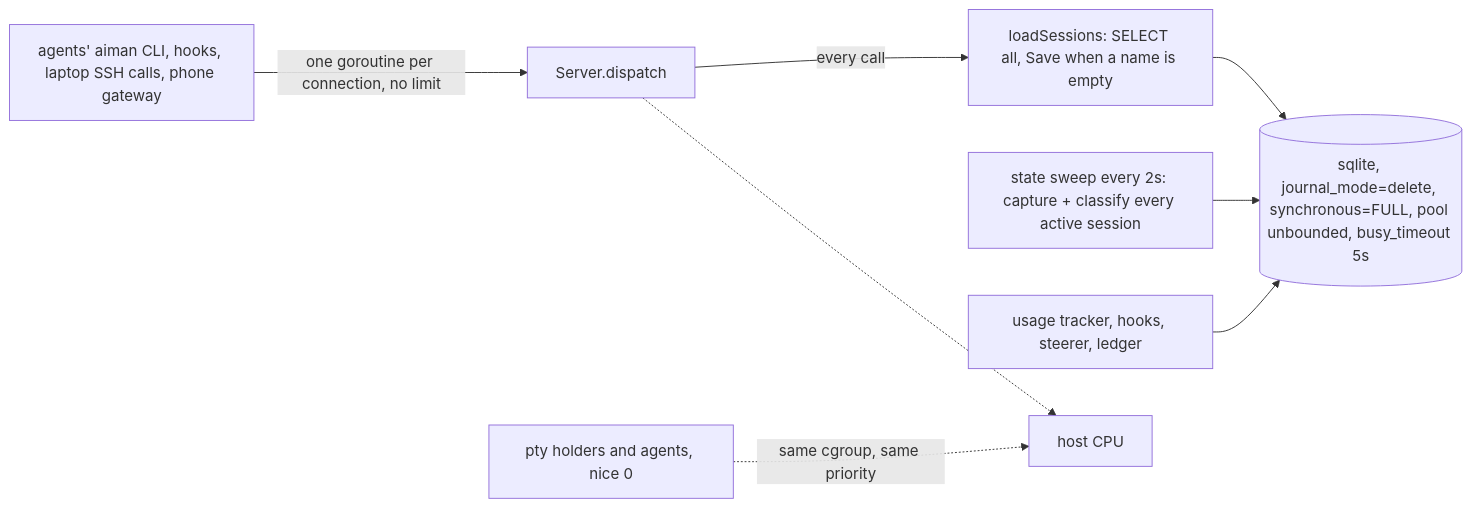
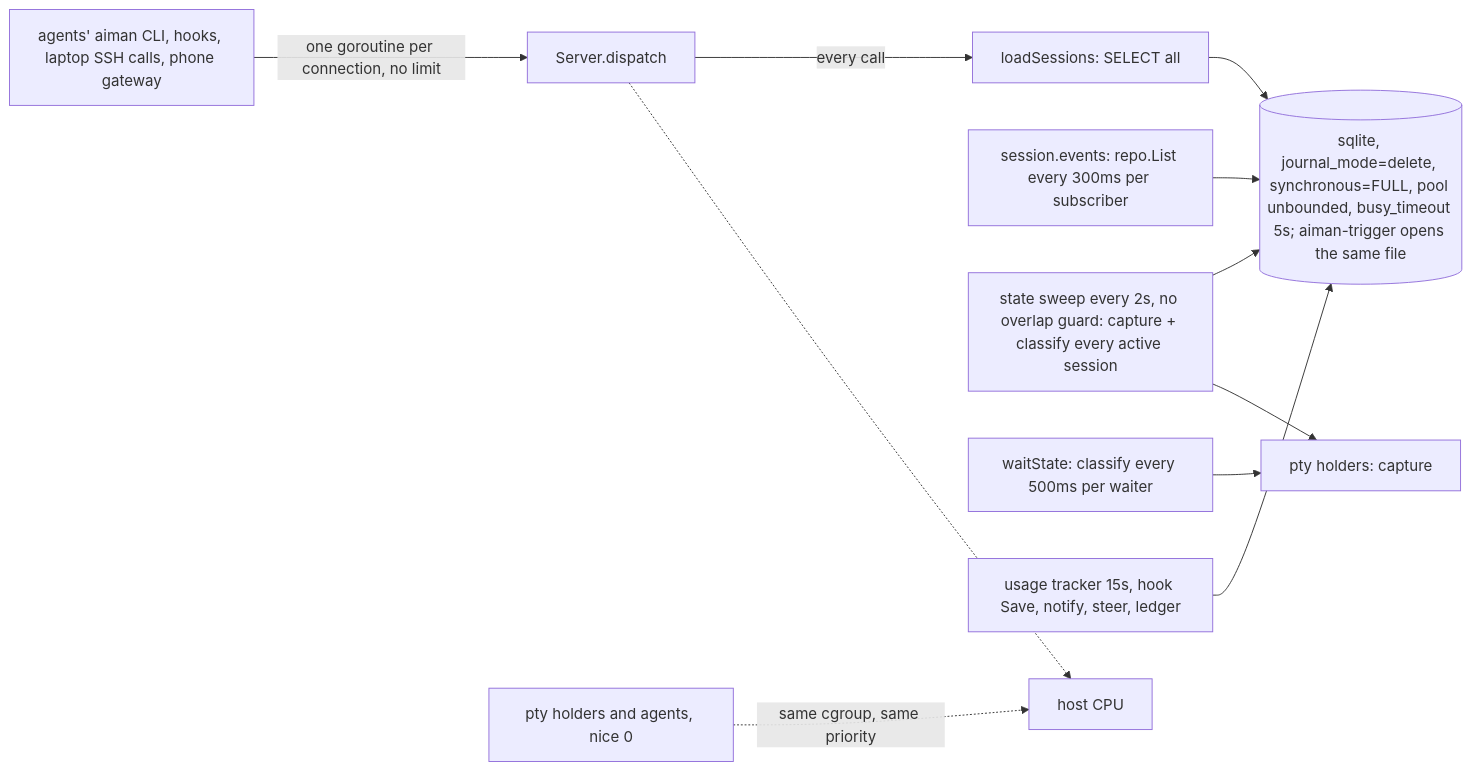
One commit to bouwerp/aiman changed the first of 2 diagrams in docs/specs/serve-load-guard.md. Above: the diagram before and after it, drawn with Mermaid. The commit also changed other lines of this file, not shown here.

First line of the commit message:
docs(specs): serve load guard rev 2 after consult round 1

````diff
--- a/docs/specs/serve-load-guard.md
+++ b/docs/specs/serve-load-guard.md
@@ -20,13 +20,16 @@
 ```mermaid
 flowchart LR
   classDef new fill:#dcfce7,stroke:#16a34a,color:#14532d
   classDef changed fill:#fef9c3,stroke:#ca8a04,color:#713f12
   classDef removed fill:#fee2e2,stroke:#dc2626,color:#7f1d1d,stroke-dasharray:4 2
   clients[agents' aiman CLI, hooks, laptop SSH calls, phone gateway] -->|one goroutine per connection, no limit| disp[Server.dispatch]
-  disp -->|every call| ls[loadSessions: SELECT all, Save when a name is empty]
-  ls --> db[(sqlite, journal_mode=delete, synchronous=FULL, pool unbounded, busy_timeout 5s)]
-  sweep[state sweep every 2s: capture + classify every active session] --> db
-  usage[usage tracker, hooks, steerer, ledger] --> db
+  disp -->|every call| ls[loadSessions: SELECT all]
+  events[session.events: repo.List every 300ms per subscriber] --> db
+  ls --> db[(sqlite, journal_mode=delete, synchronous=FULL, pool unbounded, busy_timeout 5s; aiman-trigger opens the same file)]
+  sweep[state sweep every 2s, no overlap guard: capture + classify every active session] --> db
+  wait[waitState: classify every 500ms per waiter] --> cap[pty holders: capture]
+  sweep --> cap
+  usage[usage tracker 15s, hook Save, notify, steer, ledger] --> db
   holders[pty holders and agents, nice 0] -.->|same cgroup, same priority| cpu[host CPU]
   disp -.-> cpu
 ```
````
